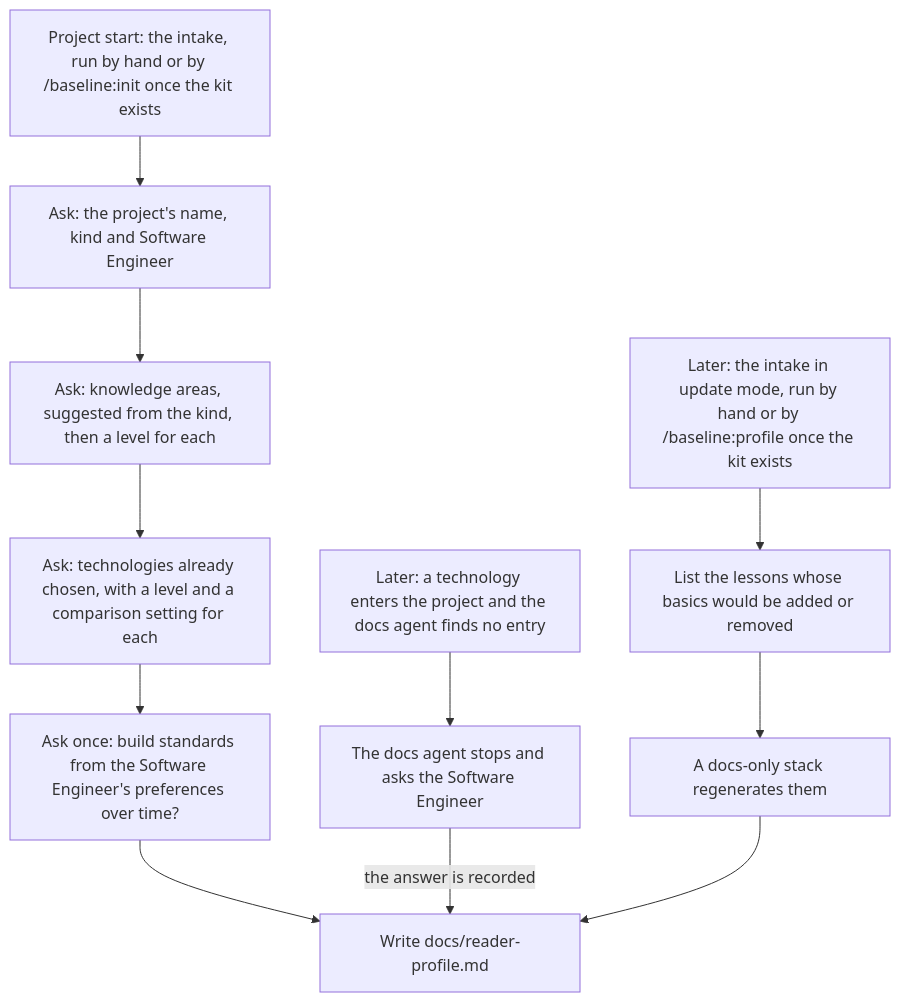
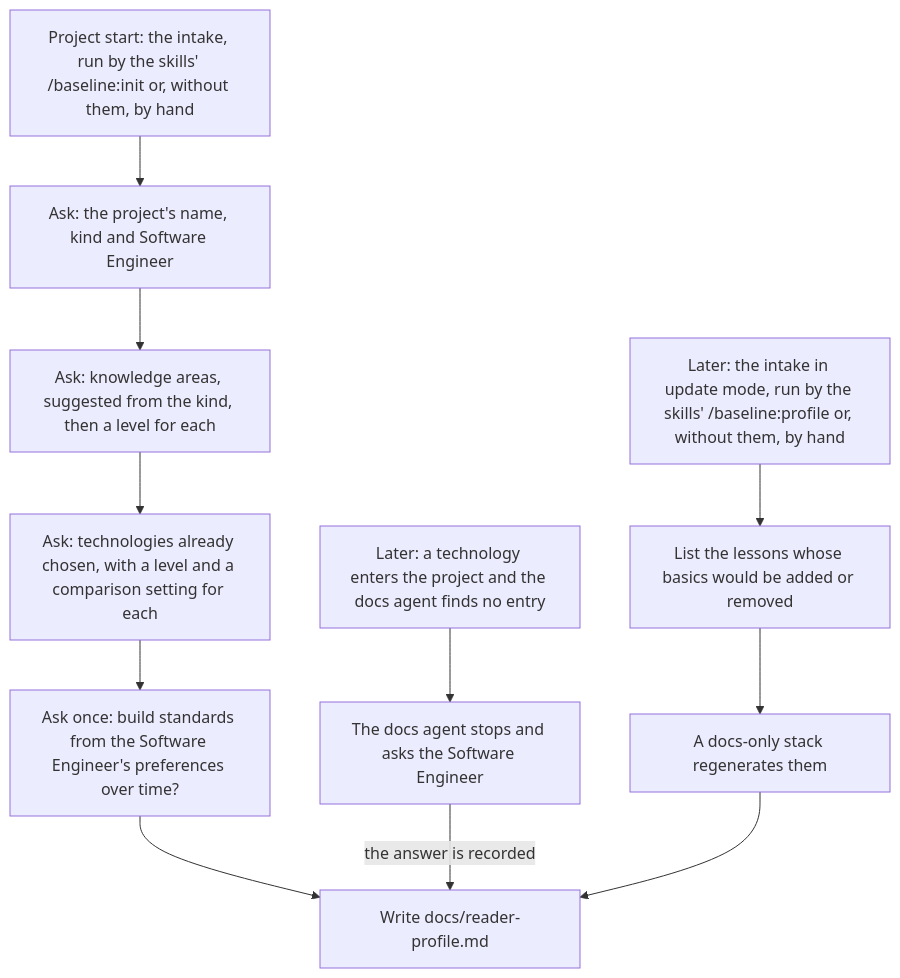
The second of 3 diagrams in standard/04-reader-profile.md (chandanbsd/baseline-framework), drawn with Mermaid before and after one commit. The commit also changed other lines of this file, not shown here.

Commit message:
feat(standard): credit the intake commands to the skills, not the kit

````diff
--- a/standard/04-reader-profile.md
+++ b/standard/04-reader-profile.md
@@ -50,13 +50,13 @@
 ```mermaid
 flowchart TD
-    A["Project start: the intake, run by hand or by /baseline:init once the kit exists"] --> B["Ask: the project's name, kind and Software Engineer"]
+    A["Project start: the intake, run by the skills' /baseline:init or, without them, by hand"] --> B["Ask: the project's name, kind and Software Engineer"]
     B --> C["Ask: knowledge areas, suggested from the kind, then a level for each"]
     C --> D["Ask: technologies already chosen, with a level and a comparison setting for each"]
     D --> E["Ask once: build standards from the Software Engineer's preferences over time?"]
     E --> F["Write docs/reader-profile.md"]
     G["Later: a technology enters the project and the docs agent finds no entry"] --> H["The docs agent stops and asks the Software Engineer"]
     H -->|"the answer is recorded"| F
-    I["Later: the intake in update mode, run by hand or by /baseline:profile once the kit exists"] --> J["List the lessons whose basics would be added or removed"]
+    I["Later: the intake in update mode, run by the skills' /baseline:profile or, without them, by hand"] --> J["List the lessons whose basics would be added or removed"]
     J --> K["A docs-only stack regenerates them"]
     K --> F
 ```
````
